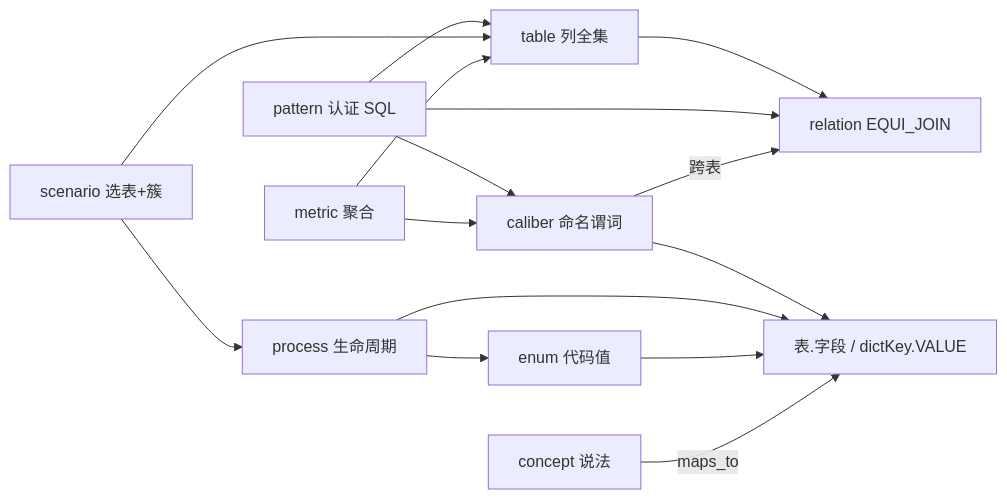
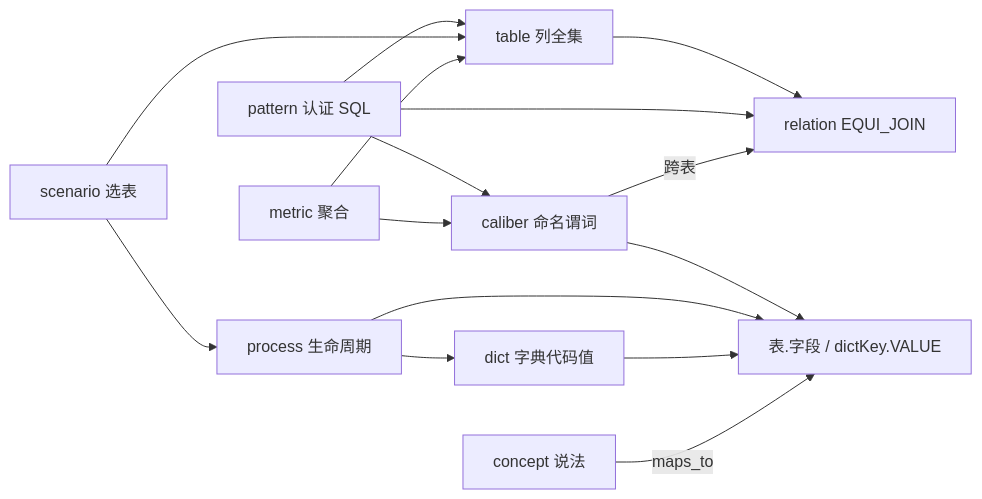
Before and after one commit to guoke92/SQLBot: the diagram in docs/wiki/architecture.md, drawn with Mermaid. The commit also changed other lines of this file and 1990 other files, not shown here.

````diff
--- a/docs/wiki/architecture.md
+++ b/docs/wiki/architecture.md
@@ -19,17 +19,17 @@
 ```mermaid
 flowchart LR
   concept["concept 说法"] -->|maps_to| phys["表.字段 / dictKey.VALUE"]
-  enum["enum 代码值"] --> phys
-  process["process 生命周期"] --> enum
+  dict["dict 字典代码值"] --> phys
+  process["process 生命周期"] --> dict
   process --> phys
   caliber["caliber 命名谓词"] --> phys
   caliber -->|跨表| rel["relation EQUI_JOIN"]
   metric["metric 聚合"] --> caliber
   metric --> table
-  scenario["scenario 选表+簇"] --> table
+  scenario["scenario 选表"] --> table
   scenario --> process
   pattern["pattern 认证 SQL"] --> table
   pattern --> caliber
   pattern --> rel
   table["table 列全集"] --> rel
 ```
````
